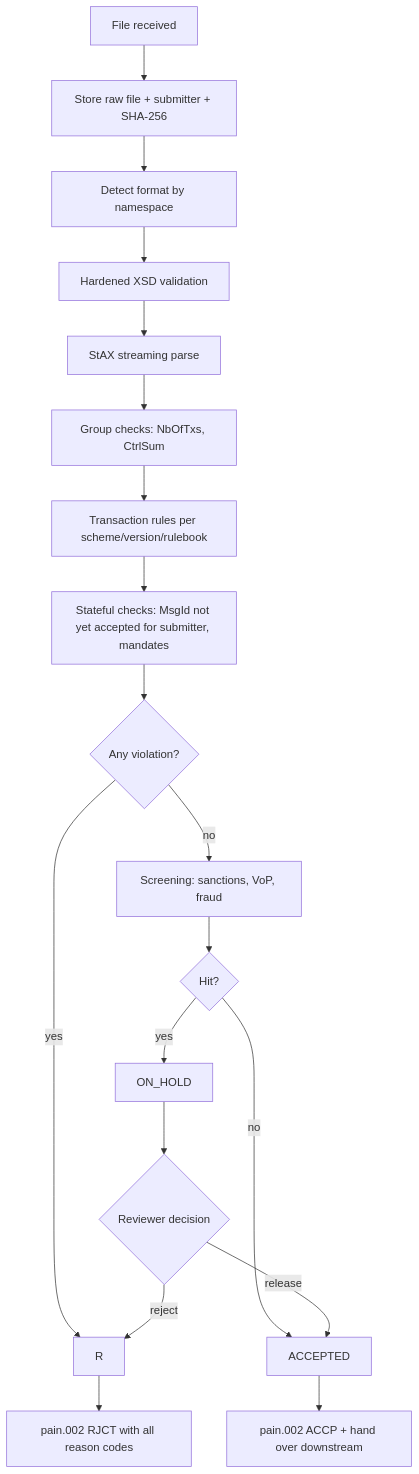
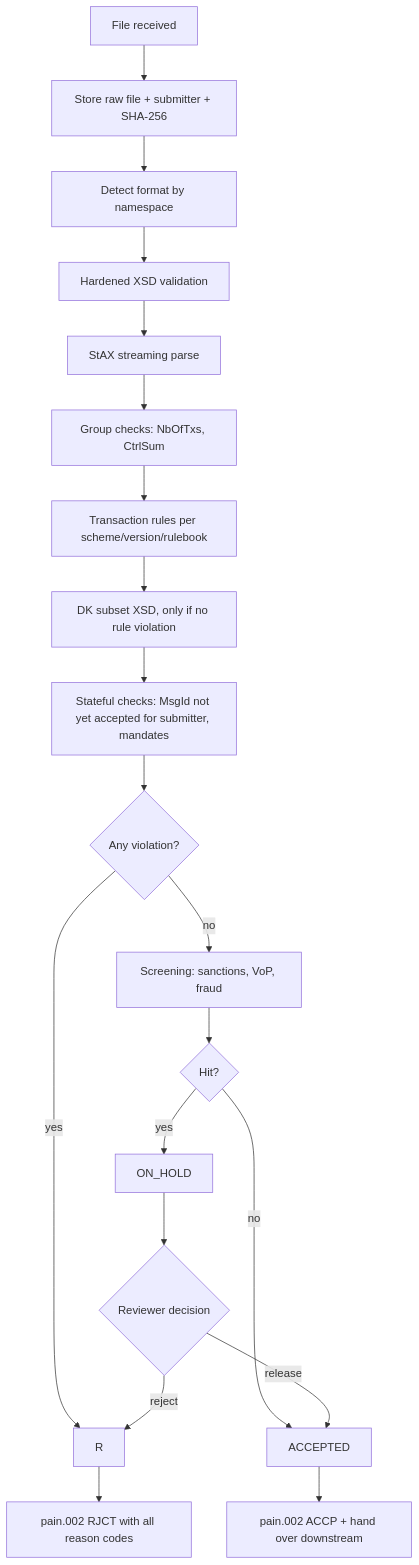
One commit to think-ahead-technologies/sepa-order-validator changed the second of 2 diagrams in docs/design/payment-order-validator.md. Above: the diagram before and after it, drawn with Mermaid. The commit also changed other lines of this file and 16 other files, not shown here.

````diff
--- a/docs/design/payment-order-validator.md
+++ b/docs/design/payment-order-validator.md
@@ -86,21 +86,22 @@
 ```mermaid
 flowchart TD
     A[File received] --> B[Store raw file + submitter + SHA-256]
     B --> D[Detect format by namespace]
     D --> E[Hardened XSD validation]
     E --> F[StAX streaming parse]
     F --> G[Group checks: NbOfTxs, CtrlSum]
     G --> H[Transaction rules per scheme/version/rulebook]
-    H --> I[Stateful checks: MsgId not yet accepted for submitter, mandates]
+    H --> T[DK subset XSD, only if no rule violation]
+    T --> I[Stateful checks: MsgId not yet accepted for submitter, mandates]
     I --> J{Any violation?}
     J -- yes --> R
     J -- no --> K[Screening: sanctions, VoP, fraud]
     K --> L{Hit?}
     L -- no --> M[ACCEPTED]
     L -- yes --> N[ON_HOLD]
     N --> O{Reviewer decision}
     O -- release --> M
     O -- reject --> R
     M --> P[pain.002 ACCP + hand over downstream]
     R --> Q[pain.002 RJCT with all reason codes]
 ```
````
